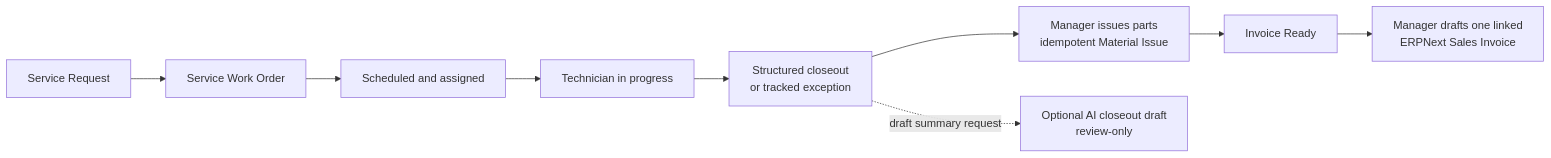
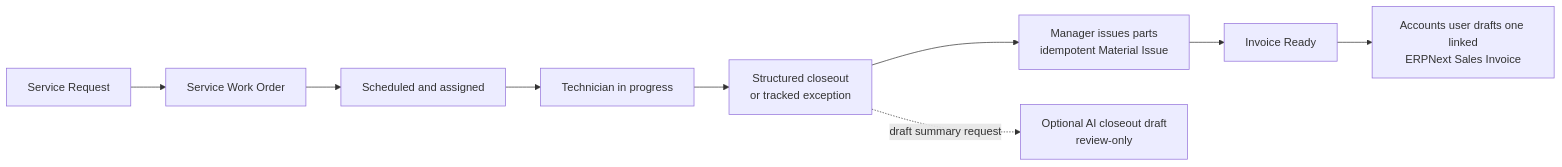
One commit to mlvpatel/ai-erp-demo changed the third of 3 diagrams in docs/architecture/system-boundaries.md. Above: the diagram before and after it, drawn with Mermaid. The commit also changed other lines of this file and 210 other files, not shown here.

````diff
--- a/docs/architecture/system-boundaries.md
+++ b/docs/architecture/system-boundaries.md
@@ -72,15 +72,15 @@
 ```mermaid
 flowchart LR
     request["Service Request"]
     work["Service Work Order"]
     schedule["Scheduled and assigned"]
     progress["Technician in progress"]
     closeout["Structured closeout\nor tracked exception"]
     stock["Manager issues parts\nidempotent Material Issue"]
     ready["Invoice Ready"]
-    invoice["Manager drafts one linked\nERPNext Sales Invoice"]
+    invoice["Accounts user drafts one linked\nERPNext Sales Invoice"]
     ai["Optional AI closeout draft\nreview-only"]
 
     request --> work --> schedule --> progress --> closeout --> stock --> ready --> invoice
     closeout -. "draft summary request" .-> ai
 ```
````
